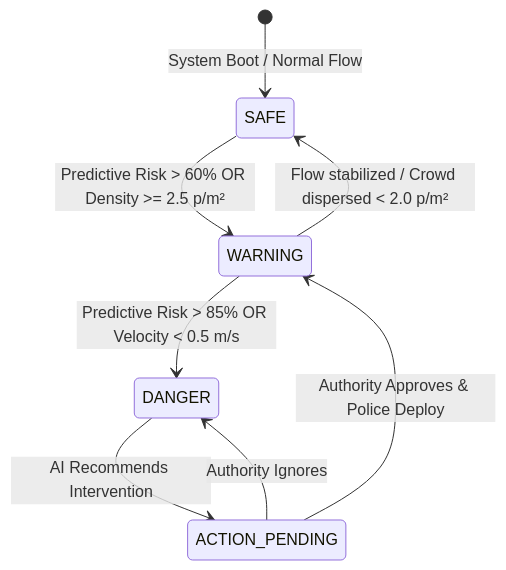
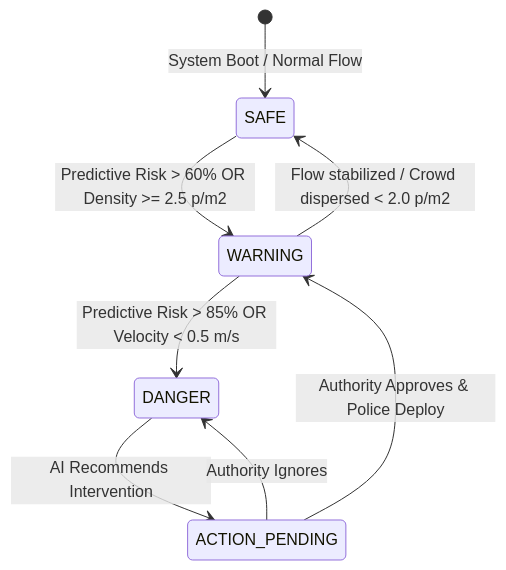
One commit to algorithnicmind/crowdcatchup changed the third of 3 diagrams in docs/04_LLD.md. Above: the diagram before and after it, drawn with Mermaid. The commit also changed other lines of this file and 8 other files, not shown here.

````diff
--- a/docs/04_LLD.md
+++ b/docs/04_LLD.md
@@ -147,13 +326,10 @@
 ```mermaid
 stateDiagram-v2
     [*] --> SAFE: System Boot / Normal Flow
-    
-    SAFE --> WARNING: Predictive Risk > 60% OR Density >= 2.5 p/m²
+    SAFE --> WARNING: Predictive Risk > 60% OR Density >= 2.5 p/m2
     WARNING --> DANGER: Predictive Risk > 85% OR Velocity < 0.5 m/s
-    
     DANGER --> ACTION_PENDING: AI Recommends Intervention
     ACTION_PENDING --> DANGER: Authority Ignores
     ACTION_PENDING --> WARNING: Authority Approves & Police Deploy
-    
-    WARNING --> SAFE: Flow stabilized / Crowd dispersed < 2.0 p/m²
+    WARNING --> SAFE: Flow stabilized / Crowd dispersed < 2.0 p/m2
 ```
````
